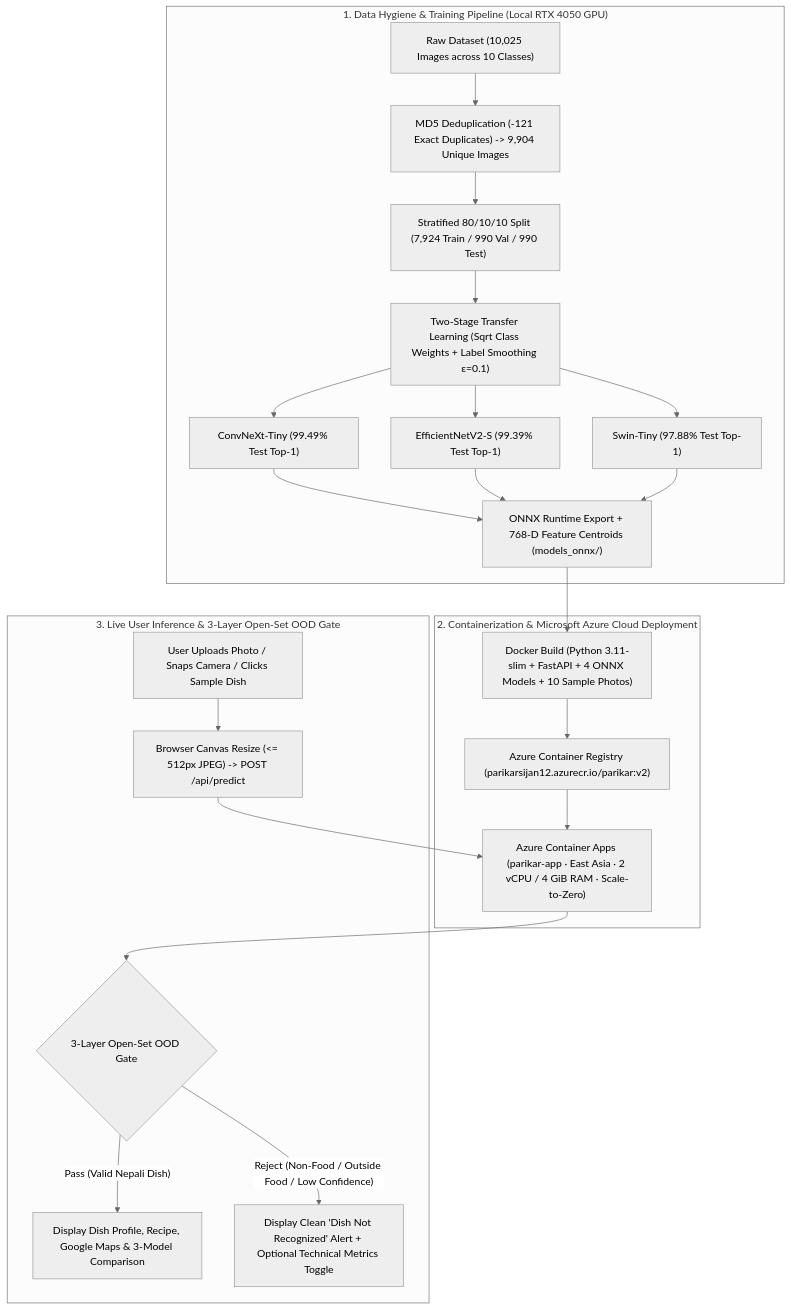
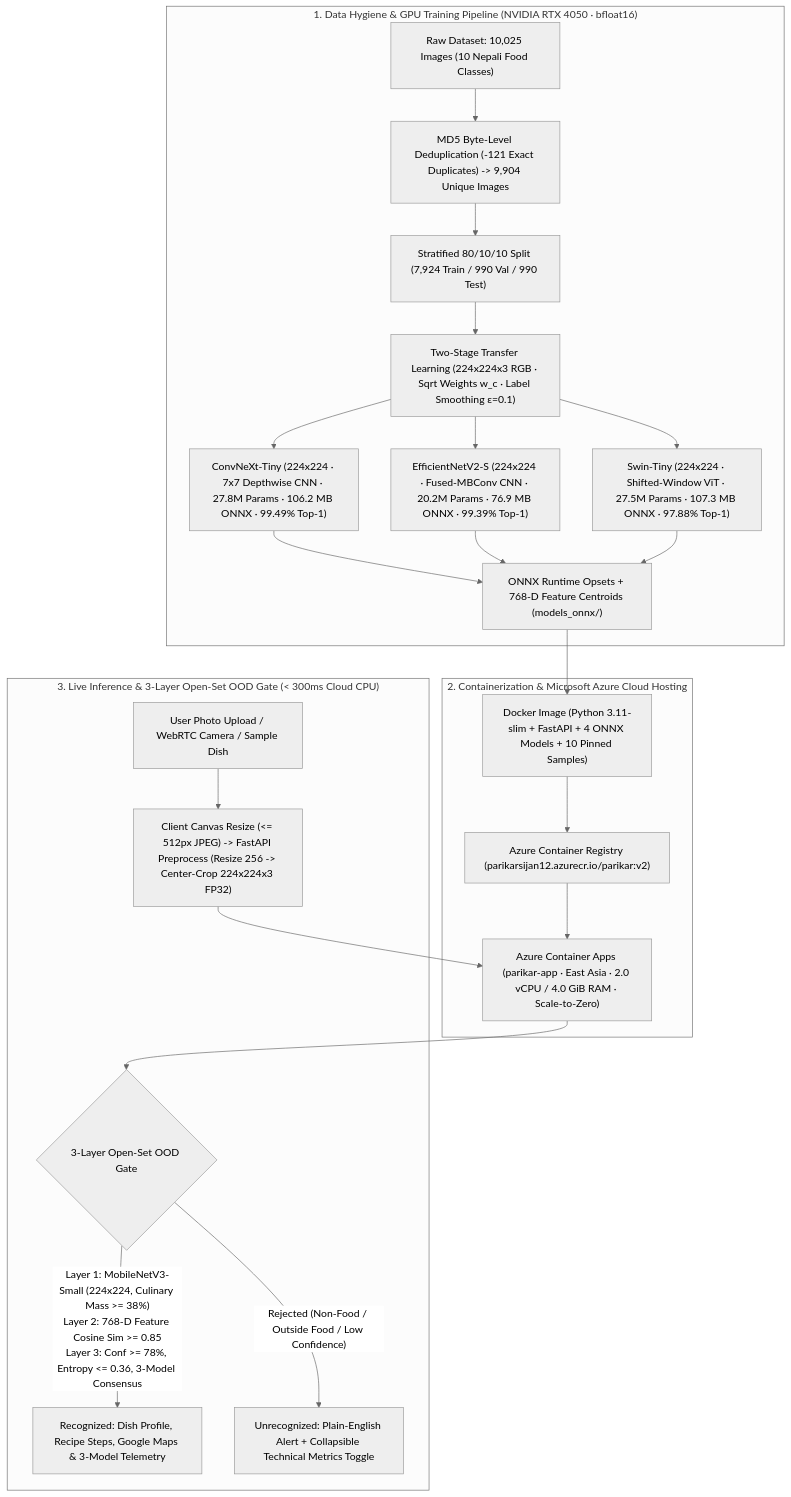
Before and after one commit to devsijanpandey12/Parikar_2.0_Nepali_Food_Classifier_Final: the diagram in README.md, drawn with Mermaid (neutral theme).

Commit message:
enriched readme workflow flowchart with 224x224 tensor specs, model sizes, and 3-layer ood thresholds

````diff
--- a/README.md
+++ b/README.md
@@ -15,26 +15,26 @@
 ```mermaid
 flowchart TD
-    subgraph P1["1. Data Hygiene & Training Pipeline (Local RTX 4050 GPU)"]
-        A["Raw Dataset (10,025 Images across 10 Classes)"] --> B["MD5 Deduplication (-121 Exact Duplicates) -> 9,904 Unique Images"]
+    subgraph P1["1. Data Hygiene & GPU Training Pipeline (NVIDIA RTX 4050 · bfloat16)"]
+        A["Raw Dataset: 10,025 Images (10 Nepali Food Classes)"] --> B["MD5 Byte-Level Deduplication (-121 Exact Duplicates) -> 9,904 Unique Images"]
         B --> C["Stratified 80/10/10 Split (7,924 Train / 990 Val / 990 Test)"]
-        C --> D["Two-Stage Transfer Learning (Sqrt Class Weights + Label Smoothing ε=0.1)"]
-        D --> E1["ConvNeXt-Tiny (99.49% Test Top-1)"]
-        D --> E2["EfficientNetV2-S (99.39% Test Top-1)"]
-        D --> E3["Swin-Tiny (97.88% Test Top-1)"]
-        E1 & E2 & E3 --> F["ONNX Runtime Export + 768-D Feature Centroids (models_onnx/)"]
+        C --> D["Two-Stage Transfer Learning (224x224x3 RGB · Sqrt Weights w_c · Label Smoothing ε=0.1)"]
+        D --> E1["ConvNeXt-Tiny (224x224 · 7x7 Depthwise CNN · 27.8M Params · 106.2 MB ONNX · 99.49% Top-1)"]
+        D --> E2["EfficientNetV2-S (224x224 · Fused-MBConv CNN · 20.2M Params · 76.9 MB ONNX · 99.39% Top-1)"]
+        D --> E3["Swin-Tiny (224x224 · Shifted-Window ViT · 27.5M Params · 107.3 MB ONNX · 97.88% Top-1)"]
+        E1 & E2 & E3 --> F["ONNX Runtime Opsets + 768-D Feature Centroids (models_onnx/)"]
     end
 
-    subgraph P2["2. Containerization & Microsoft Azure Cloud Deployment"]
-        F --> G["Docker Build (Python 3.11-slim + FastAPI + 4 ONNX Models + 10 Sample Photos)"]
+    subgraph P2["2. Containerization & Microsoft Azure Cloud Hosting"]
+        F --> G["Docker Image (Python 3.11-slim + FastAPI + 4 ONNX Models + 10 Pinned Samples)"]
         G --> H["Azure Container Registry (parikarsijan12.azurecr.io/parikar:v2)"]
-        H --> I["Azure Container Apps (parikar-app · East Asia · 2 vCPU / 4 GiB RAM · Scale-to-Zero)"]
+        H --> I["Azure Container Apps (parikar-app · East Asia · 2.0 vCPU / 4.0 GiB RAM · Scale-to-Zero)"]
     end
 
-    subgraph P3["3. Live User Inference & 3-Layer Open-Set OOD Gate"]
-        J["User Uploads Photo / Snaps Camera / Clicks Sample Dish"] --> K["Browser Canvas Resize (<= 512px JPEG) -> POST /api/predict"]
+    subgraph P3["3. Live Inference & 3-Layer Open-Set OOD Gate (< 300ms Cloud CPU)"]
+        J["User Photo Upload / WebRTC Camera / Sample Dish"] --> K["Client Canvas Resize (<= 512px JPEG) -> FastAPI Preprocess (Resize 256 -> Center-Crop 224x224x3 FP32)"]
         K --> I
         I --> L{"3-Layer Open-Set OOD Gate"}
-        L -- "Pass (Valid Nepali Dish)" --> M["Display Dish Profile, Recipe, Google Maps & 3-Model Comparison"]
-        L -- "Reject (Non-Food / Outside Food / Low Confidence)" --> N["Display Clean 'Dish Not Recognized' Alert + Optional Technical Metrics Toggle"]
+        L -- "Layer 1: MobileNetV3-Small (224x224, Culinary Mass >= 38%)\nLayer 2: 768-D Feature Cosine Sim >= 0.85\nLayer 3: Conf >= 78%, Entropy <= 0.36, 3-Model Consensus" --> M["Recognized: Dish Profile, Recipe Steps, Google Maps & 3-Model Telemetry"]
+        L -- "Rejected (Non-Food / Outside Food / Low Confidence)" --> N["Unrecognized: Plain-English Alert + Collapsible Technical Metrics Toggle"]
     end
 ```
````
